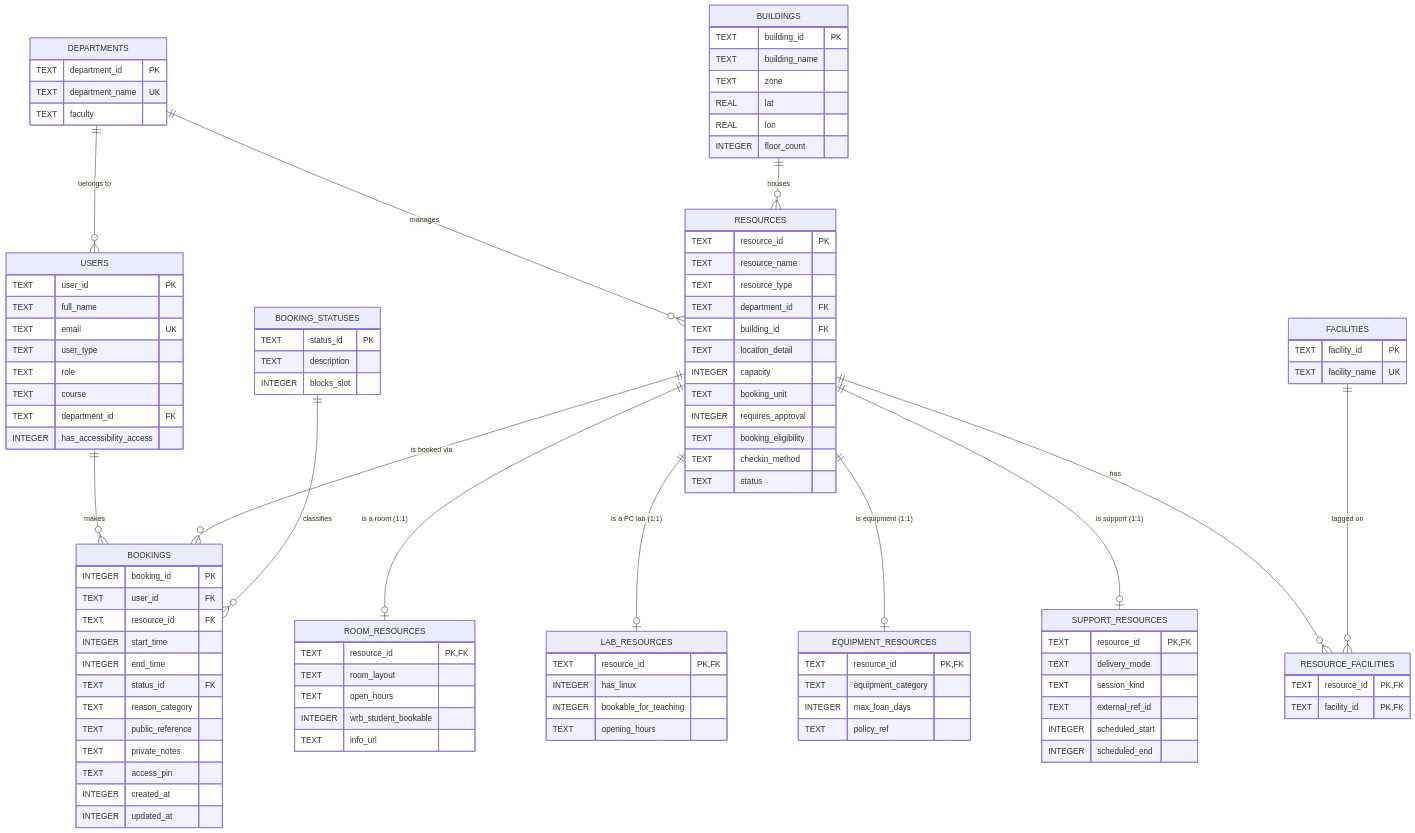
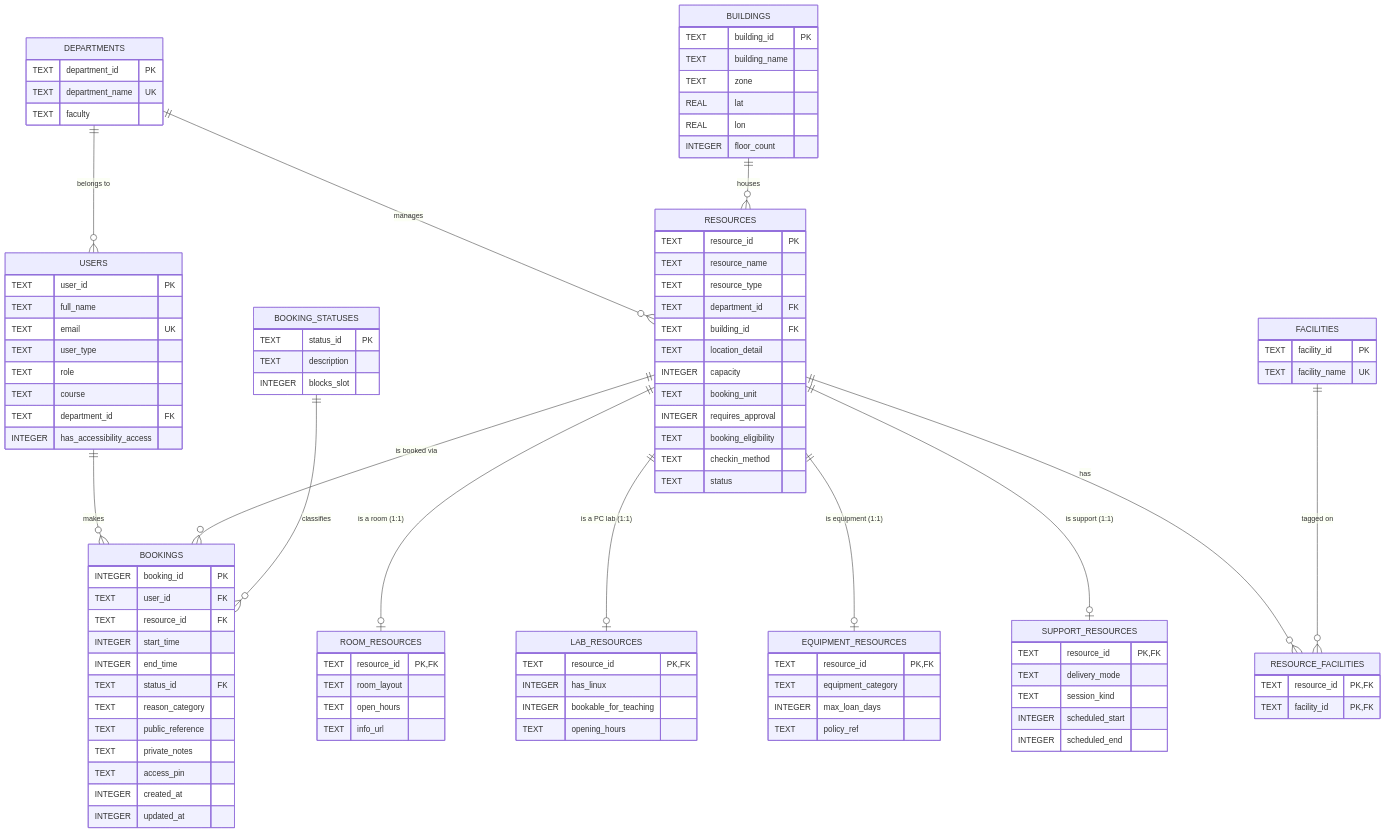
The diagram in docs/design/models.md (huutrungle2001/WM9QF_AI_Programming_A1), drawn with Mermaid before and after one commit. The commit also changed other lines of this file and 38 other files, not shown here.

Commit message:
refactor(design): adopt client/server/database layout, Unix timestamps, and domain-pure CTI schema

```diff
--- a/docs/design/models.md
+++ b/docs/design/models.md
@@ -78,7 +78,6 @@
         TEXT resource_id PK,FK
         TEXT room_layout
         TEXT open_hours
-        INTEGER wrb_student_bookable
         TEXT info_url
     }
 
@@ -100,7 +99,6 @@
         TEXT resource_id PK,FK
         TEXT delivery_mode
         TEXT session_kind
-        TEXT external_ref_id
         INTEGER scheduled_start
         INTEGER scheduled_end
     }
```
